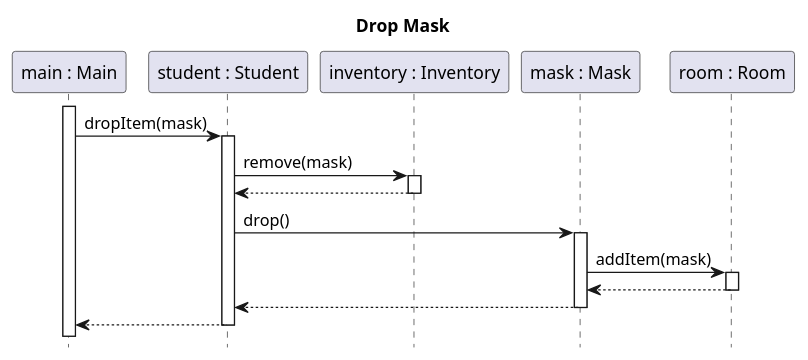
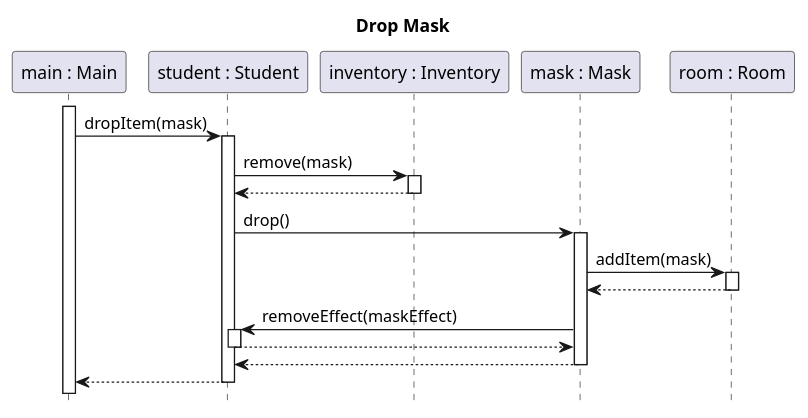
One commit to sn4k3ch4rm3r/logarlec changed the diagram in docs/diagrams/test-sequence/student-drop-mask.puml. Above: the diagram before and after it, drawn with PlantUML. The commit also changed 2 other files, not shown here.

Commit message:
Fixing sequence diagrams

```diff
--- a/docs/diagrams/test-sequence/student-drop-mask.puml
+++ b/docs/diagrams/test-sequence/student-drop-mask.puml
@@ -1,23 +1,25 @@
 @startuml student-drop-mask
 
 title Drop Mask
 hide footbox
 autoactivate on
 
 participant "main : Main" as main
 participant "student : Student" as student
 participant "inventory : Inventory" as inventory
 participant "mask : Mask" as mask
 participant "room : Room" as room
 
 main++
 main-> student : dropItem(mask)
 	student -> inventory : remove(mask)
 	return
 	student -> mask ++ : drop()
 		mask -> room ++: addItem(mask)
 		return
+		mask -> student : removeEffect(maskEffect)
+		return
 	return
 return
 
 @enduml
```
